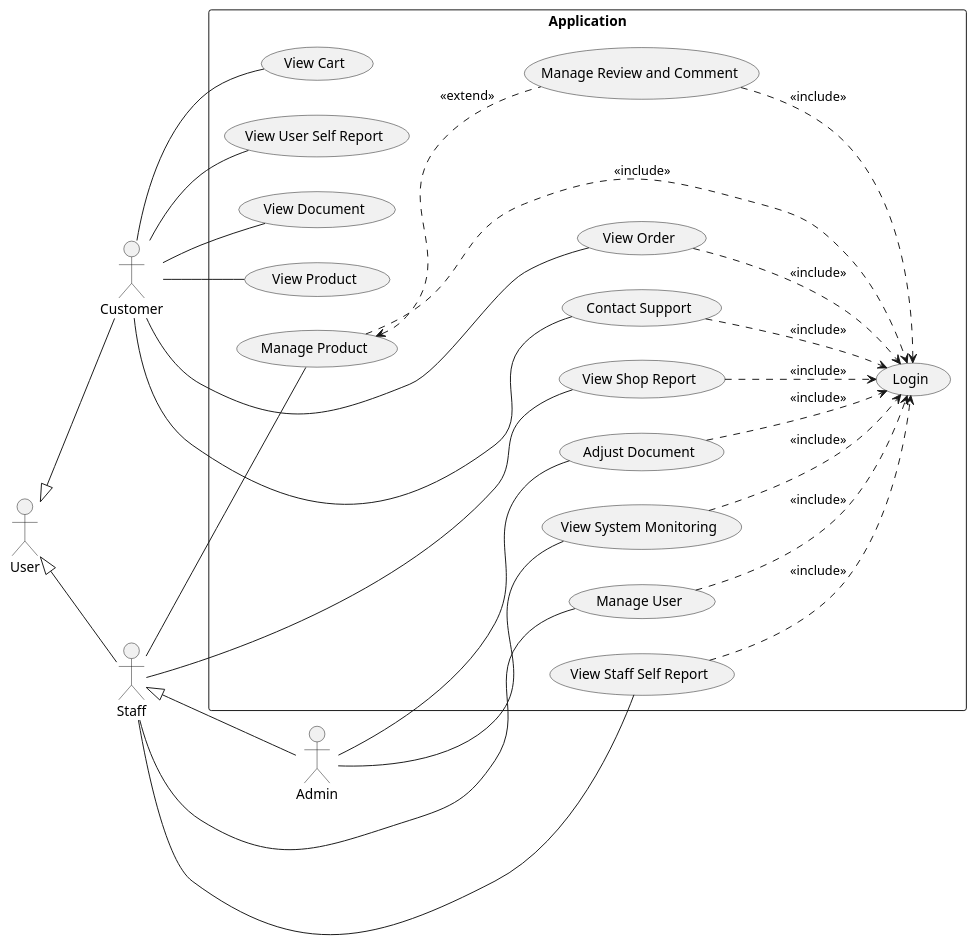
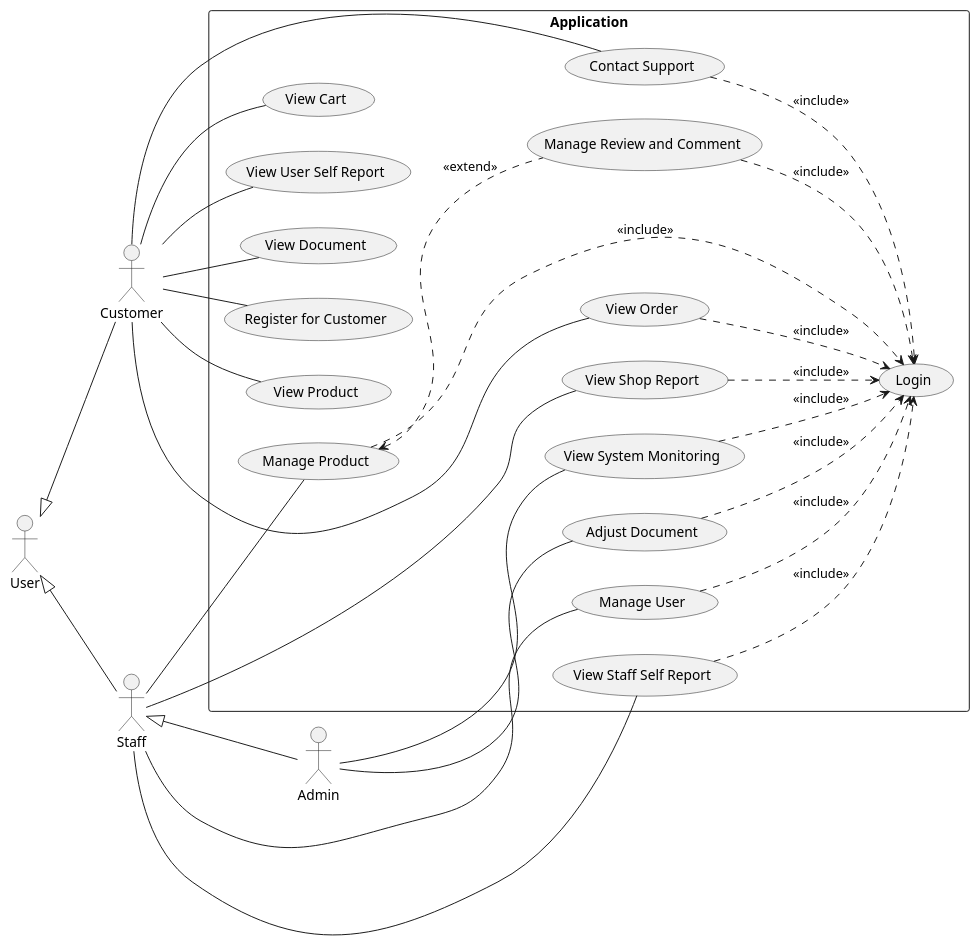
The first of 2 diagrams in docs/docs/use-case/user.md (electricilies/electricilies.github.io), drawn with PlantUML before and after one commit.

Commit message:
feat(use-case): add register usecase

````diff
--- a/docs/docs/use-case/user.md
+++ b/docs/docs/use-case/user.md
@@ -5,56 +5,58 @@
 ```plantuml
 @startuml
 left to right direction
 actor User
 actor Customer
 actor Staff
 actor Admin
 
 User <|-- Customer
 User <|-- Staff
 Staff <|-- Admin
 
 rectangle "Application" {
   usecase UC01 as "Login"
-  usecase UC02 as "View Product"
-  usecase UC03 as "View Cart"
-  usecase UC04 as "View Order"
-  usecase UC05 as "Contact Support"
-  usecase UC06 as "View User Self Report"
-  usecase UC07 as "View Document"
-  usecase UC08 as "Manage Product"
-  usecase UC09 as "Manage Review and Comment"
-  usecase UC10 as "Manage User"
-  usecase UC11 as "View Staff Self Report"
-  usecase UC12 as "View Shop Report"
-  usecase UC13 as "View System Monitoring"
-  usecase UC14 as "Adjust Document"
+  usecase UC02 as "Register for Customer"
+  usecase UC03 as "View Product"
+  usecase UC04 as "View Cart"
+  usecase UC05 as "View Order"
+  usecase UC06 as "Contact Support"
+  usecase UC07 as "View User Self Report"
+  usecase UC08 as "View Document"
+  usecase UC09 as "Manage Product"
+  usecase UC10 as "Manage Review and Comment"
+  usecase UC11 as "Manage User"
+  usecase UC12 as "View Staff Self Report"
+  usecase UC13 as "View Shop Report"
+  usecase UC14 as "View System Monitoring"
+  usecase UC15 as "Adjust Document"
 }
 
 Customer -- UC02
 Customer -- UC03
 Customer -- UC04
 Customer -- UC05
 Customer -- UC06
 Customer -- UC07
-Staff -- UC08
-Staff -- UC10
+Customer -- UC08
+Staff -- UC09
 Staff -- UC11
 Staff -- UC12
-Admin -- UC13
+Staff -- UC13
 Admin -- UC14
+Admin -- UC15
 
-UC08 <.. UC09 : <<extend>>
+UC09 <.. UC10 : <<extend>>
 
-UC04 ..> UC01 : <<include>>
 UC05 ..> UC01 : <<include>>
-UC08 ..> UC01 : <<include>>
+UC06 ..> UC01 : <<include>>
 UC09 ..> UC01 : <<include>>
 UC10 ..> UC01 : <<include>>
 UC11 ..> UC01 : <<include>>
 UC12 ..> UC01 : <<include>>
 UC13 ..> UC01 : <<include>>
 UC14 ..> UC01 : <<include>>
+UC15 ..> UC01 : <<include>>
 
 @enduml
 ```
````
